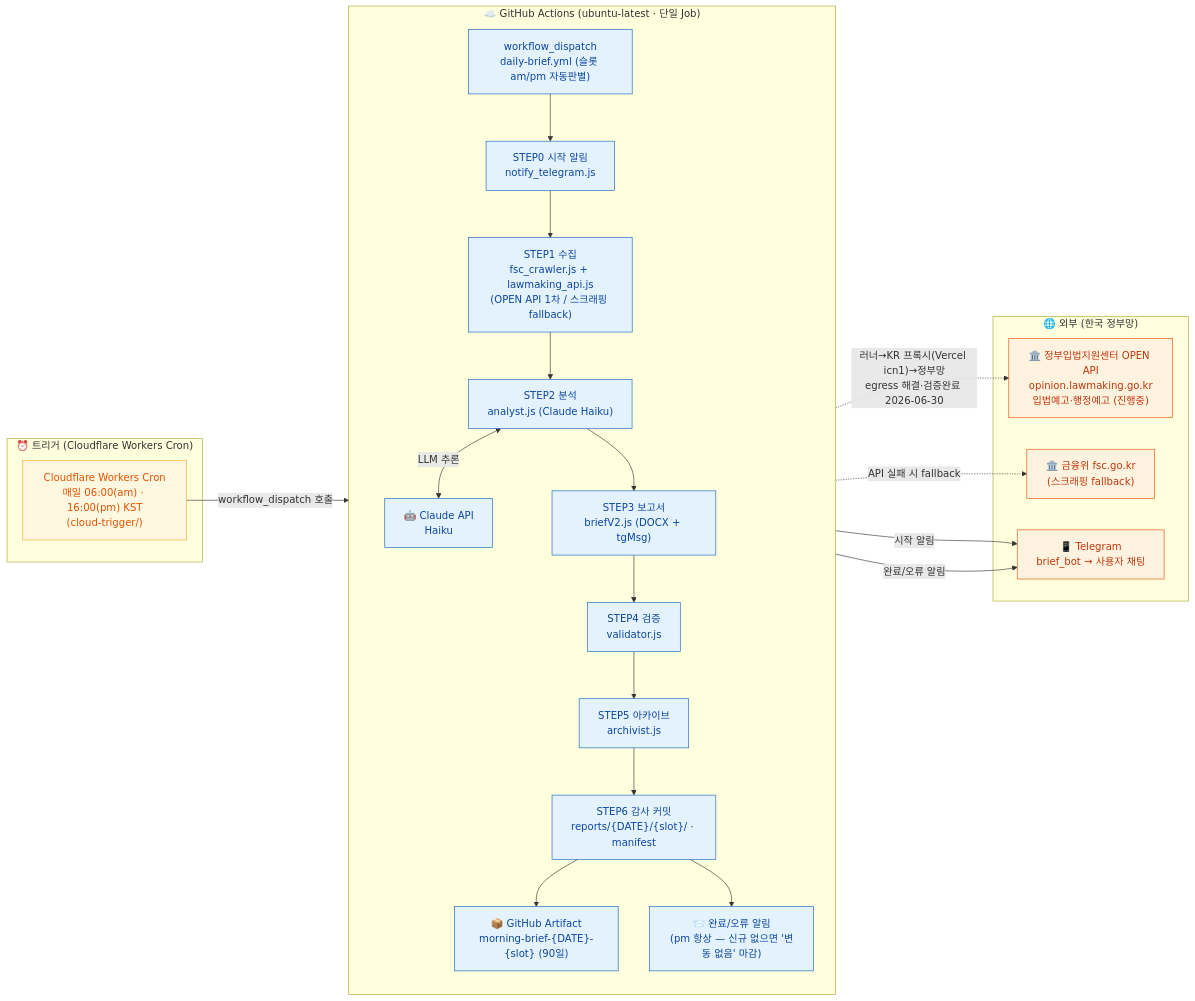
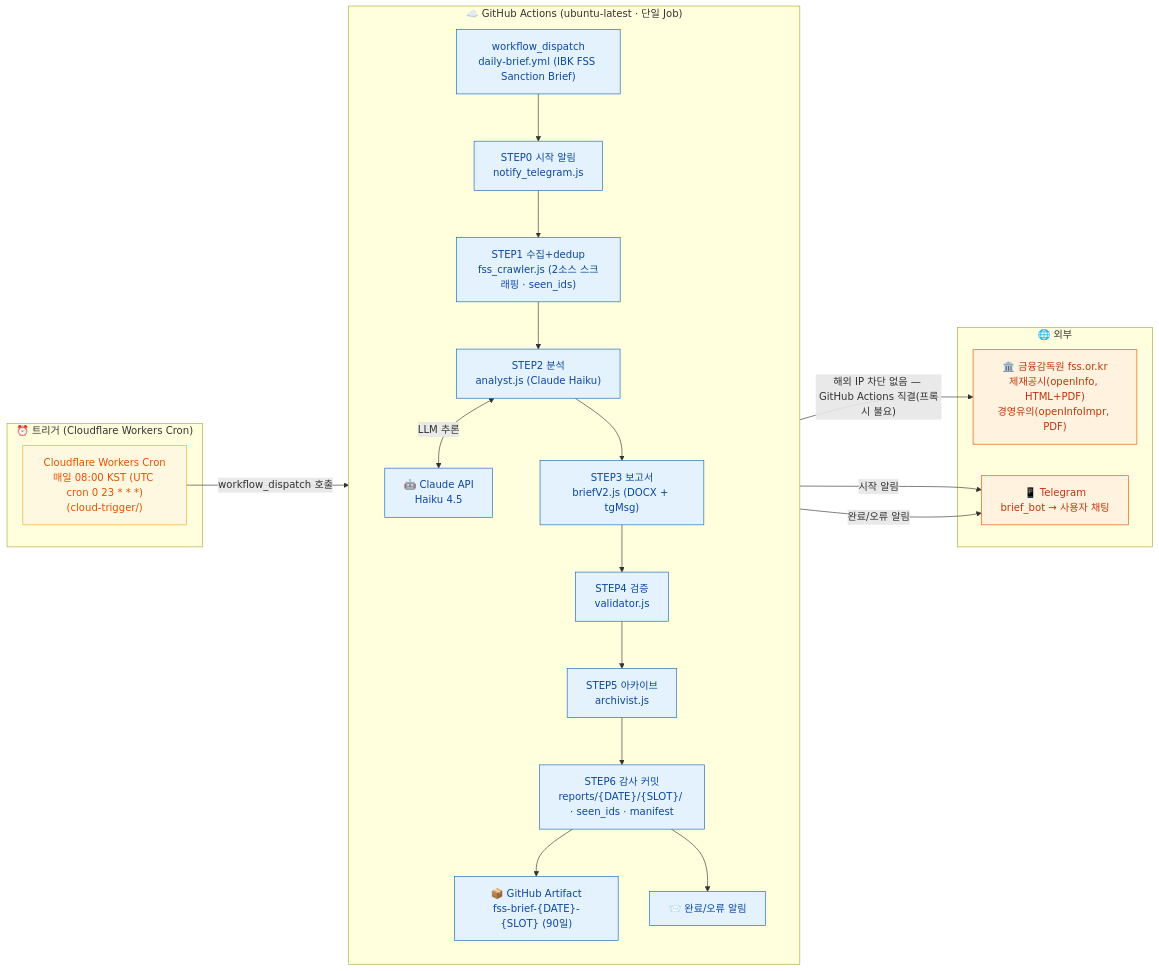
One commit to pyorocop-lang/ibk-FSS-brief changed the first of 3 diagrams in docs/ARCHITECTURE.md. Above: the diagram before and after it, drawn with Mermaid. The commit also changed other lines of this file and 23 other files, not shown here.

````diff
--- a/docs/ARCHITECTURE.md
+++ b/docs/ARCHITECTURE.md
@@ -10,47 +13,45 @@
 ```mermaid
 flowchart LR
     subgraph TRIGGER["⏰ 트리거 (Cloudflare Workers Cron)"]
-        CRON["Cloudflare Workers Cron\n매일 06:00(am) · 16:00(pm) KST\n(cloud-trigger/)"]
+        CRON["Cloudflare Workers Cron\n매일 08:00 KST (UTC cron 0 23 * * *)\n(cloud-trigger/)"]
     end
 
     subgraph CLOUD["☁️ GitHub Actions (ubuntu-latest · 단일 Job)"]
         direction TB
-        DISPATCH["workflow_dispatch\ndaily-brief.yml (슬롯 am/pm 자동판별)"]
+        DISPATCH["workflow_dispatch\ndaily-brief.yml (IBK FSS Sanction Brief)"]
         S0["STEP0 시작 알림\nnotify_telegram.js"]
-        S1["STEP1 수집\nfsc_crawler.js + lawmaking_api.js\n(OPEN API 1차 / 스크래핑 fallback)"]
+        S1["STEP1 수집+dedup\nfss_crawler.js (2소스 스크래핑 · seen_ids)"]
         S2["STEP2 분석\nanalyst.js (Claude Haiku)"]
         S3["STEP3 보고서\nbriefV2.js (DOCX + tgMsg)"]
         S4["STEP4 검증\nvalidator.js"]
         S5["STEP5 아카이브\narchivist.js"]
-        S6["STEP6 감사 커밋\nreports/{DATE}/{slot}/ · manifest"]
-        ARTIFACT["📦 GitHub Artifact\nmorning-brief-{DATE}-{slot} (90일)"]
-        NOTIFY["📨 완료/오류 알림\n(pm 항상 — 신규 없으면 '변동 없음' 마감)"]
-        CLAUDE["🤖 Claude API\nHaiku"]
+        S6["STEP6 감사 커밋\nreports/{DATE}/{SLOT}/ · seen_ids · manifest"]
+        ARTIFACT["📦 GitHub Artifact\nfss-brief-{DATE}-{SLOT} (90일)"]
+        NOTIFY["📨 완료/오류 알림"]
+        CLAUDE["🤖 Claude API\nHaiku 4.5"]
     end
 
-    subgraph EXT["🌐 외부 (한국 정부망)"]
-        LAW["🏛️ 정부입법지원센터 OPEN API\nopinion.lawmaking.go.kr\n입법예고·행정예고 (진행중)"]
-        FSC_WEB["🏛️ 금융위 fsc.go.kr\n(스크래핑 fallback)"]
+    subgraph EXT["🌐 외부"]
+        FSS["🏛️ 금융감독원 fss.or.kr\n제재공시(openInfo, HTML+PDF)\n경영유의(openInfoImpr, PDF)"]
         TG["📱 Telegram\nbrief_bot → 사용자 채팅"]
     end
 
     CRON -->|"workflow_dispatch 호출"| DISPATCH
     DISPATCH --> S0 --> S1
-    S1 -.->|"러너→KR 프록시(Vercel icn1)→정부망\negress 해결·검증완료 2026-06-30"| LAW
-    S1 -.->|"API 실패 시 fallback"| FSC_WEB
+    S1 -->|"해외 IP 차단 없음 — GitHub Actions 직결(프록시 불요)"| FSS
     S1 --> S2
     S2 <-->|"LLM 추론"| CLAUDE
     S2 --> S3 --> S4 --> S5 --> S6
     S6 --> ARTIFACT
     S0 -->|"시작 알림"| TG
     S6 --> NOTIFY
     NOTIFY -->|"완료/오류 알림"| TG
 
     classDef trig fill:#FFF8E1,stroke:#F9A825,color:#E65100
     classDef cloud fill:#E3F2FD,stroke:#1565C0,color:#0D47A1
     classDef ext fill:#FFF3E0,stroke:#E65100,color:#BF360C
 
     class CRON trig
     class DISPATCH,S0,S1,S2,S3,S4,S5,S6,ARTIFACT,NOTIFY,CLAUDE cloud
-    class LAW,FSC_WEB,TG ext
+    class FSS,TG ext
 ```
````
